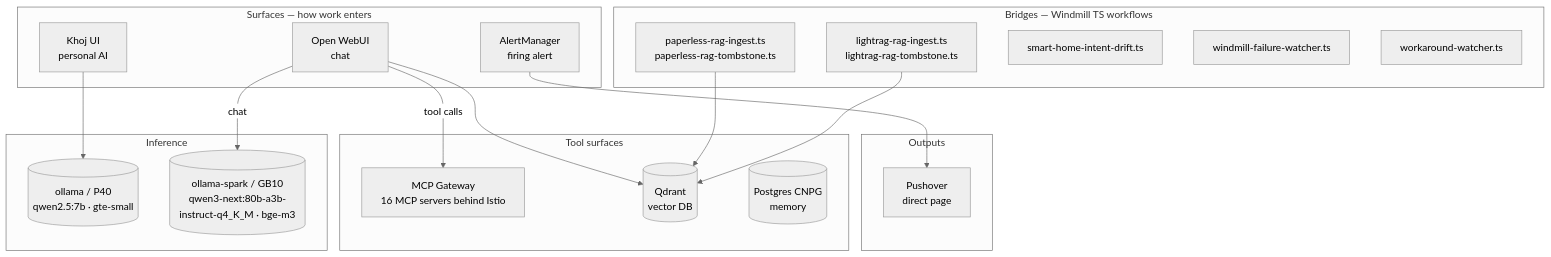
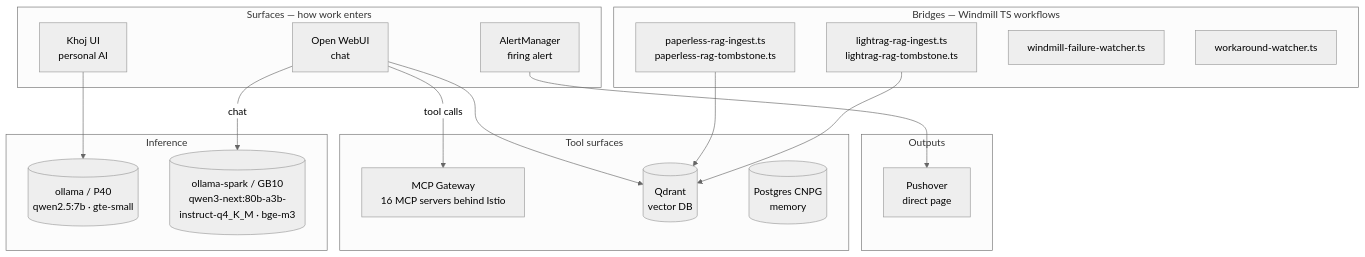
Before and after one commit to rwlove/home-ops: the diagram in docs/src/ai_architecture.md, drawn with Mermaid (neutral theme). The commit also changed other lines of this file and 5 other files, not shown here.

First line of the commit message:
chore(windmill): remove dead smart-home-intent-drift workflow

````diff
--- a/docs/src/ai_architecture.md
+++ b/docs/src/ai_architecture.md
@@ -23,40 +23,39 @@
 ```mermaid
 flowchart TB
     subgraph Surfaces[Surfaces — how work enters]
         OWUI[Open WebUI<br/>chat]
         Khoj[Khoj UI<br/>personal AI]
         AM[AlertManager<br/>firing alert]
     end
 
     subgraph Bridges[Bridges — Windmill TS workflows]
         WPaperless[paperless-rag-ingest.ts<br/>paperless-rag-tombstone.ts]
         WLightrag[lightrag-rag-ingest.ts<br/>lightrag-rag-tombstone.ts]
-        WIntent[smart-home-intent-drift.ts]
         WFail[windmill-failure-watcher.ts]
         WWork[workaround-watcher.ts]
     end
 
     subgraph Inference[Inference]
         OllamaP40[(ollama / P40<br/>qwen2.5:7b · gte-small)]
         OllamaSpark[(ollama-spark / GB10<br/>qwen3-next:80b-a3b-instruct-q4_K_M · bge-m3)]
     end
 
     subgraph Tools[Tool surfaces]
         Gw[MCP Gateway<br/>16 MCP servers behind Istio]
         Q[(Qdrant<br/>vector DB)]
         PG[(Postgres CNPG<br/>memory)]
     end
 
     subgraph Outputs[Outputs]
         Push[Pushover<br/>direct page]
     end
 
     OWUI -->|chat| OllamaSpark
     OWUI -->|tool calls| Gw
     OWUI --> Q
     Khoj --> OllamaP40
     AM --> Push
 
     WPaperless --> Q
     WLightrag --> Q
 ```
````
